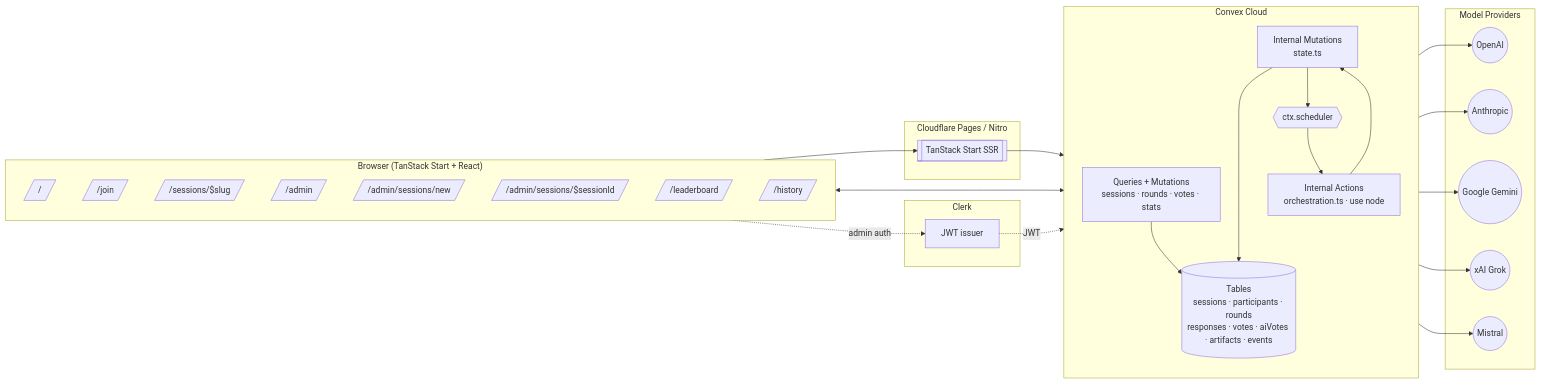
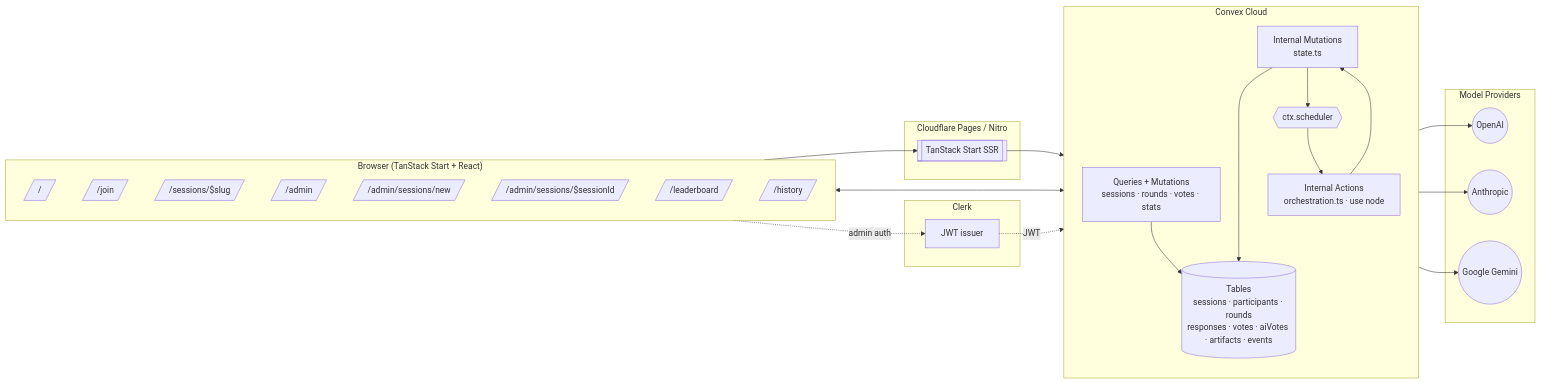
One commit to Radu028/ai-arena changed the first of 7 diagrams in docs/ARCHITECTURE.md. Above: the diagram before and after it, drawn with Mermaid. The commit also changed other lines of this file and 17 other files, not shown here.

````diff
--- a/docs/ARCHITECTURE.md
+++ b/docs/ARCHITECTURE.md
@@ -9,55 +9,51 @@
 ```mermaid
 flowchart LR
   subgraph Client["Browser (TanStack Start + React)"]
     Home[/"/"/]
     Join[/"/join"/]
     Session[/"/sessions/$slug"/]
     Admin[/"/admin"/]
     AdminNew[/"/admin/sessions/new"/]
     AdminCtrl[/"/admin/sessions/$sessionId"/]
     Leaderboard[/"/leaderboard"/]
     History[/"/history"/]
   end
 
   subgraph Edge["Cloudflare Pages / Nitro"]
     SSR[[TanStack Start SSR]]
   end
 
   subgraph Convex["Convex Cloud"]
     direction TB
     QM[Queries + Mutations<br/>sessions · rounds · votes · stats]
     IntMut[Internal Mutations<br/>state.ts]
     IntAct[Internal Actions<br/>orchestration.ts · use node]
     DB[(Tables<br/>sessions · participants · rounds<br/>responses · votes · aiVotes · artifacts · events)]
     Scheduler{{ctx.scheduler}}
   end
 
   subgraph Auth["Clerk"]
     ClerkIssuer[JWT issuer]
   end
 
   subgraph Providers["Model Providers"]
     OpenAI((OpenAI))
     Anthropic((Anthropic))
     Google((Google Gemini))
-    XAI((xAI Grok))
-    Mistral((Mistral))
   end
 
   Client --> SSR
   SSR --> Convex
   Client <---> Convex
   Client -.->|admin auth| ClerkIssuer
   ClerkIssuer -.->|JWT| Convex
   Convex --- DB
   QM --> DB
   IntMut --> DB
   IntMut --> Scheduler
   Scheduler --> IntAct
   IntAct --> IntMut
   IntAct --> OpenAI
   IntAct --> Anthropic
   IntAct --> Google
-  IntAct --> XAI
-  IntAct --> Mistral
 ```
````
